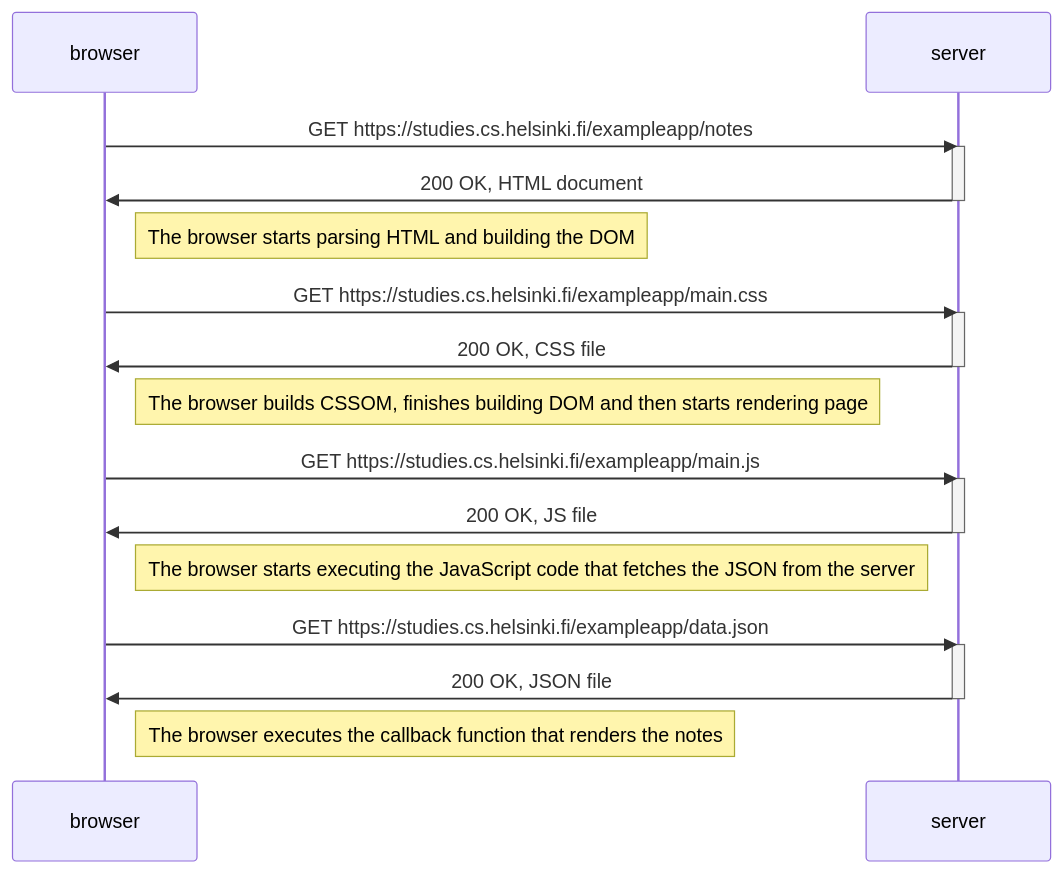
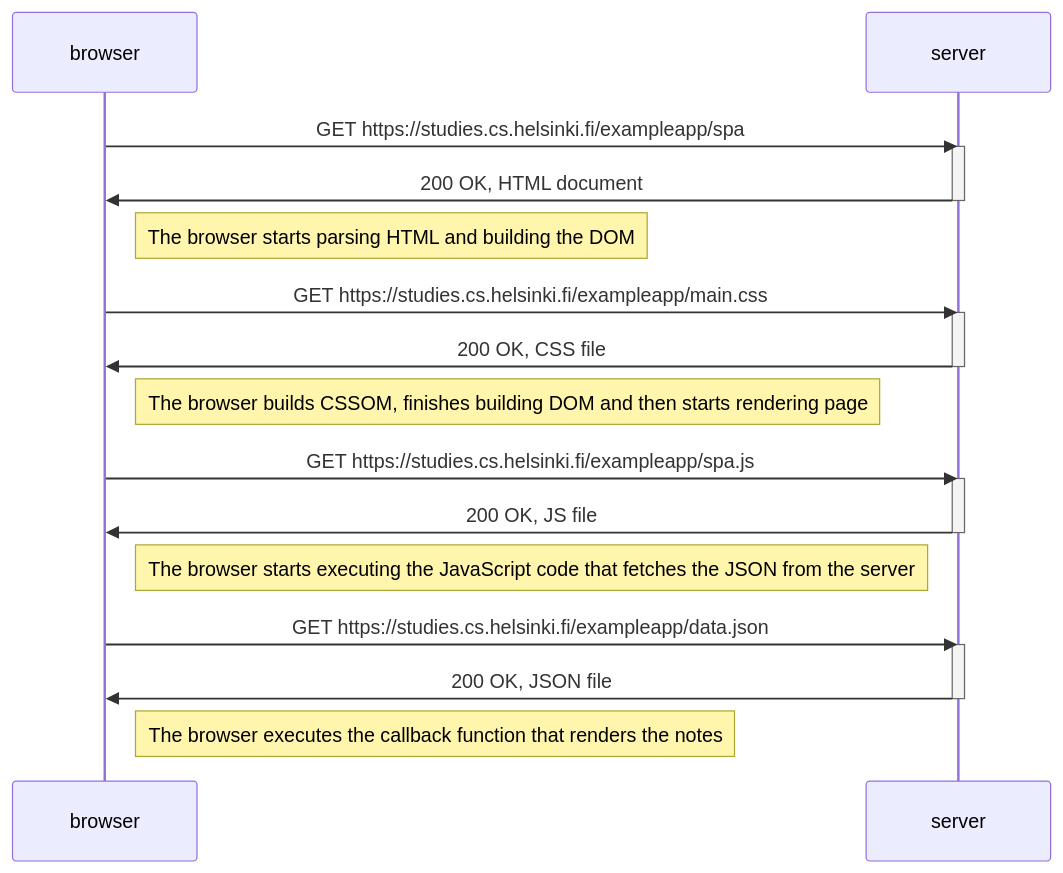
One commit to anastasiia-avdeeva/FullStackOpen changed the diagram in part0/task5.mmd. Above: the diagram before and after it, drawn with Mermaid.

Commit message:
fix mistakes in url

```diff
--- a/part0/task5.mmd
+++ b/part0/task5.mmd
@@ -1,31 +1,31 @@
 sequenceDiagram
 participant browser
 participant server
 
-browser->>server: GET https://studies.cs.helsinki.fi/exampleapp/notes
+browser->>server: GET https://studies.cs.helsinki.fi/exampleapp/spa
 activate server
 server->>browser: 200 OK, HTML document
 deactivate server
 
 Note right of browser: The browser starts parsing HTML and building the DOM
 
 browser->>server: GET https://studies.cs.helsinki.fi/exampleapp/main.css
 activate server
 server->>browser: 200 OK, CSS file
 deactivate server
 
 Note right of browser: The browser builds CSSOM, finishes building DOM and then starts rendering page
 
-browser->>server: GET https://studies.cs.helsinki.fi/exampleapp/main.js
+browser->>server: GET https://studies.cs.helsinki.fi/exampleapp/spa.js
 activate server
 server->>browser: 200 OK, JS file
 deactivate server
 
 Note right of browser: The browser starts executing the JavaScript code that fetches the JSON from the server
 
 browser->>server: GET https://studies.cs.helsinki.fi/exampleapp/data.json
 activate server
 server->>browser: 200 OK, JSON file
 deactivate server
 
 Note right of browser: The browser executes the callback function that renders the notes
```
